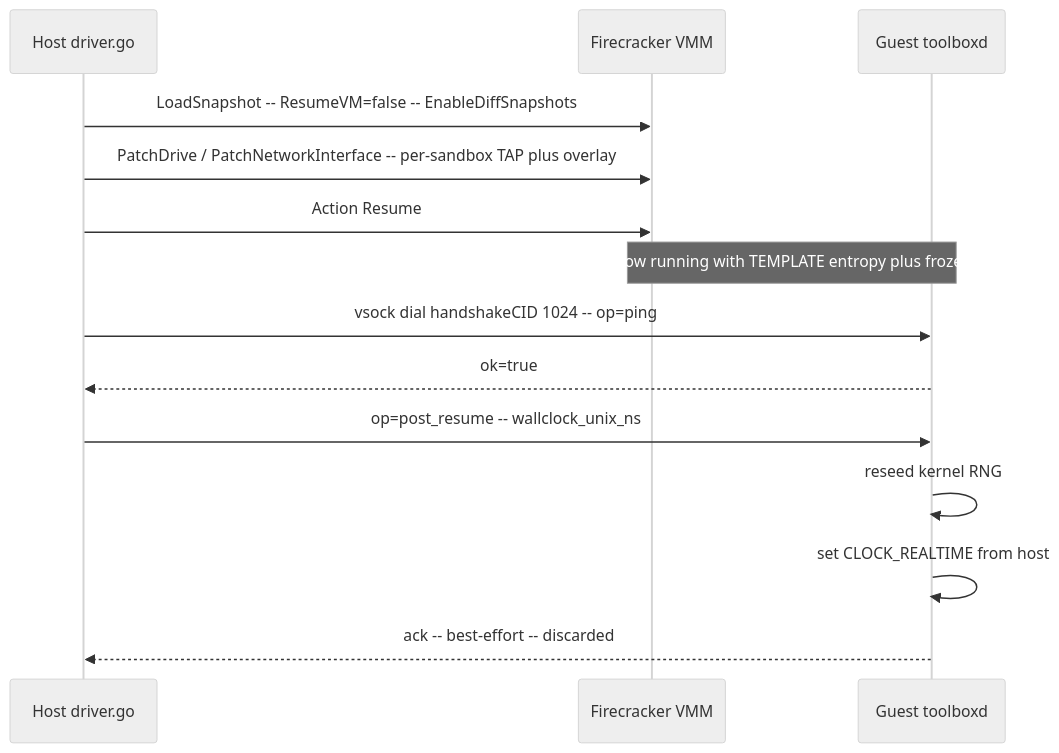
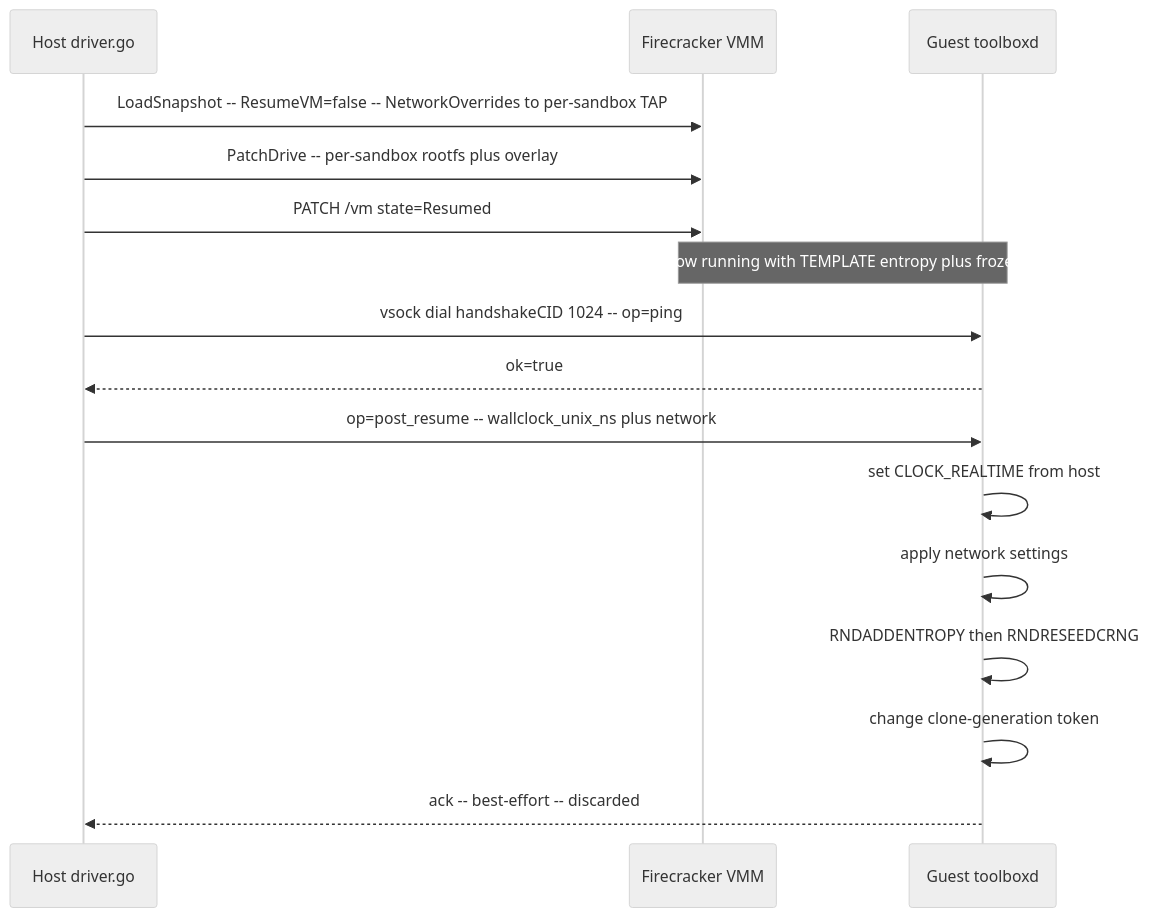
The diagram in docs/src/content/docs/engineering-frozen-kernel-problem.mdx (aerol-ai/microvm), drawn with Mermaid (neutral theme) before and after one commit. The commit also changed other lines of this file and 85 other files, not shown here.

````diff
--- a/docs/src/content/docs/engineering-frozen-kernel-problem.mdx
+++ b/docs/src/content/docs/engineering-frozen-kernel-problem.mdx
@@ -165,16 +105,18 @@
 ```mermaid
 sequenceDiagram
     participant H as Host driver.go
     participant FC as Firecracker VMM
     participant G as Guest toolboxd
-    H->>FC: LoadSnapshot -- ResumeVM=false -- EnableDiffSnapshots
-    H->>FC: PatchDrive / PatchNetworkInterface -- per-sandbox TAP plus overlay
-    H->>FC: Action Resume
+    H->>FC: LoadSnapshot -- ResumeVM=false -- NetworkOverrides to per-sandbox TAP
+    H->>FC: PatchDrive -- per-sandbox rootfs plus overlay
+    H->>FC: PATCH /vm state=Resumed
     Note over FC,G: clone now running with TEMPLATE entropy plus frozen clock
     H->>G: vsock dial handshakeCID 1024 -- op=ping
     G-->>H: ok=true
-    H->>G: op=post_resume -- wallclock_unix_ns
-    G->>G: reseed kernel RNG
+    H->>G: op=post_resume -- wallclock_unix_ns plus network
     G->>G: set CLOCK_REALTIME from host
+    G->>G: apply network settings
+    G->>G: RNDADDENTROPY then RNDRESEEDCRNG
+    G->>G: change clone-generation token
     G-->>H: ack -- best-effort -- discarded
 ```
````
